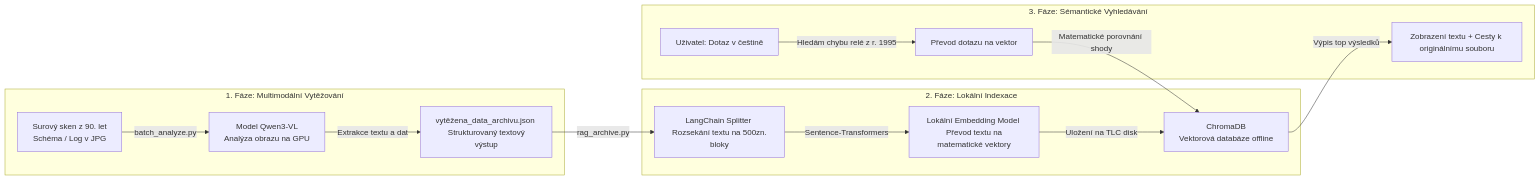
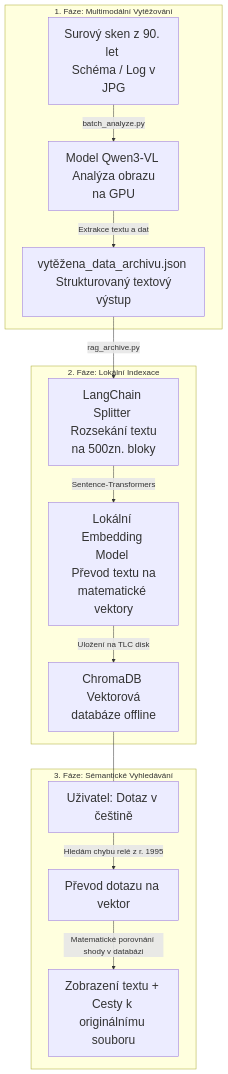
Before and after one commit to sysaio/wiki: the second of 2 diagrams in markdown/qwen3-vl:8b-instruct.md, drawn with Mermaid. The commit also changed other lines of this file, not shown here.

First line of the commit message:
Zvětšit text v diagramech a upravit popisy

````diff
--- a/markdown/qwen3-vl:8b-instruct.md
+++ b/markdown/qwen3-vl:8b-instruct.md
@@ -642,19 +658,30 @@
 ```mermaid
-graph LR
-    subgraph KROK_A [1. Fáze: Multimodální Vytěžování]
+graph TD
+    %% Globální definice velikosti písma pro texty v blocích
+    style Sken font-size:24px
+    style Qwen font-size:24px
+    style JSON font-size:24px
+    style Split font-size:24px
+    style Embed font-size:24px
+    style Chroma font-size:24px
+    style User font-size:24px
+    style QueryEmbed font-size:24px
+    style Results font-size:24px
+
+    subgraph F_1 [1. Fáze: Multimodální Vytěžování]
         Sken[Surový sken z 90. let <br> Schéma / Log v JPG] -->|batch_analyze.py| Qwen[Model Qwen3-VL <br> Analýza obrazu na GPU]
         Qwen -->|Extrakce textu a dat| JSON[vytěžena_data_archivu.json <br> Strukturovaný textový výstup]
     end
 
-    subgraph KROK_B [2. Fáze: Lokální Indexace]
+    subgraph F_2 [2. Fáze: Lokální Indexace]
         JSON -->|rag_archive.py| Split[LangChain Splitter <br> Rozsekání textu na 500zn. bloky]
         Split -->|Sentence-Transformers| Embed[Lokální Embedding Model <br> Převod textu na matematické vektory]
         Embed -->|Uložení na TLC disk| Chroma[ChromaDB <br> Vektorová databáze offline]
     end
 
-    subgraph KROK_C [3. Fáze: Sémantické Vyhledávání]
-        User[Uživatel: Dotaz v češtině] -->|Hledám chybu relé z r. 1995| QueryEmbed[Převod dotazu na vektor]
-        QueryEmbed -->|Matematické porovnání shody| Chroma
-        Chroma -->|Výpis top výsledků| Results[Zobrazení textu + Cesty k originálnímu souboru]
+    subgraph F_3 [3. Fáze: Sémantické Vyhledávání]
+        Chroma --- User[Uživatel: Dotaz v češtině]
+        User -->|Hledám chybu relé z r. 1995| QueryEmbed[Převod dotazu na vektor]
+        QueryEmbed -->|Matematické porovnání shody v databázi| Results[Zobrazení textu + Cesty k originálnímu souboru]
     end
 ```
````
